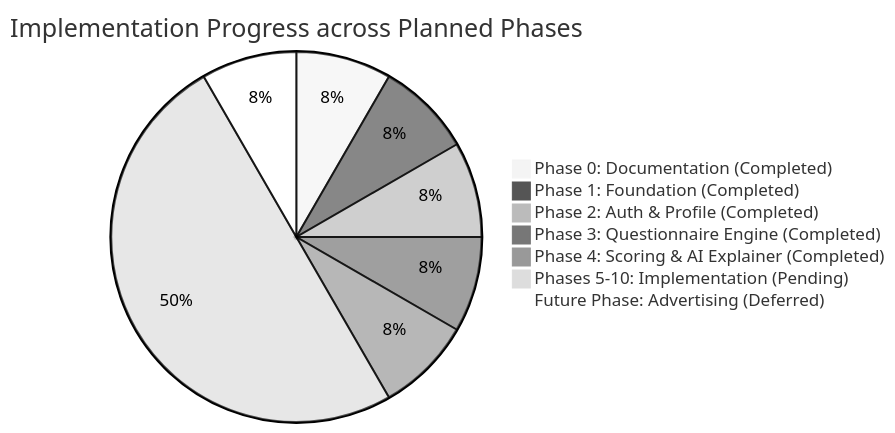
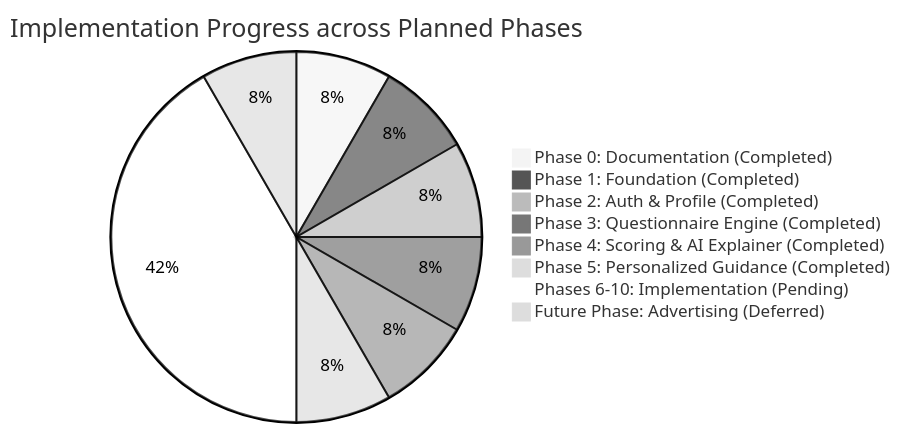
Before and after one commit to SatyamKumar-code/VitaTrack-App: the diagram in docs/AI_PROGRESS.md, drawn with Mermaid (neutral theme). The commit also changed other lines of this file and 29 other files, not shown here.

Commit message:
feat: implement personalized guidance and recommendation engines with tests and UI components

````diff
--- a/docs/AI_PROGRESS.md
+++ b/docs/AI_PROGRESS.md
@@ -24,10 +24,11 @@
 ```mermaid
 pie title Implementation Progress across Planned Phases
     "Phase 0: Documentation (Completed)" : 1
     "Phase 1: Foundation (Completed)" : 1
     "Phase 2: Auth & Profile (Completed)" : 1
     "Phase 3: Questionnaire Engine (Completed)" : 1
     "Phase 4: Scoring & AI Explainer (Completed)" : 1
-    "Phases 5-10: Implementation (Pending)" : 6
+    "Phase 5: Personalized Guidance (Completed)" : 1
+    "Phases 6-10: Implementation (Pending)" : 5
     "Future Phase: Advertising (Deferred)" : 1
 ```
````
